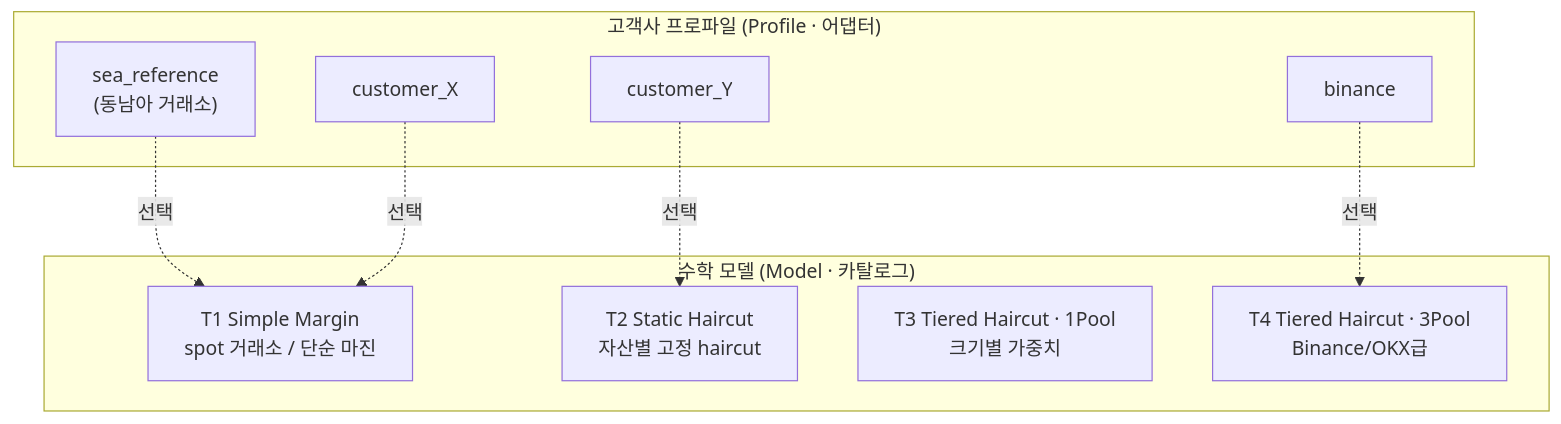
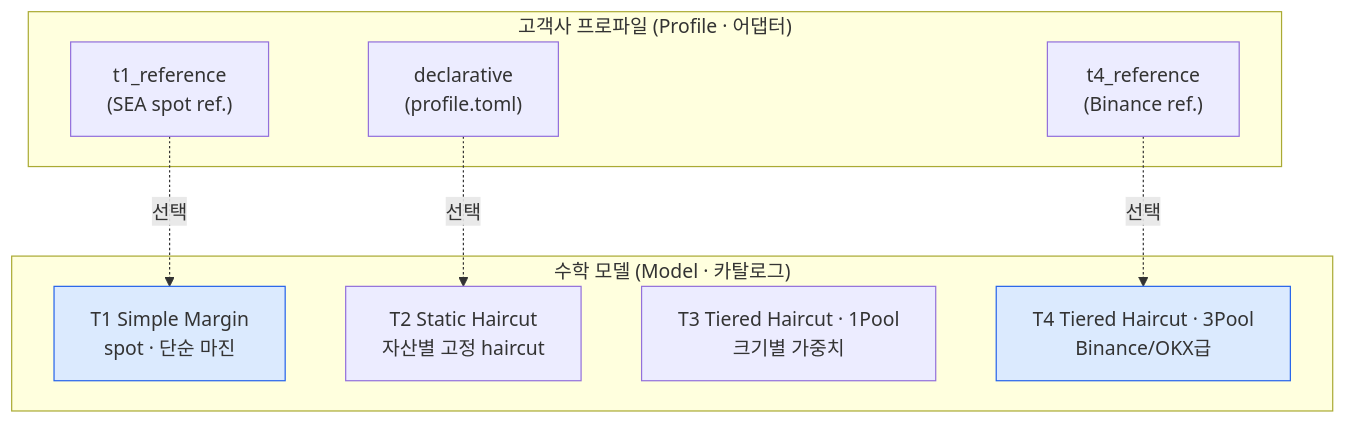
The second of 7 diagrams in README.md (BetweenBits-org/zk-pos-ext), drawn with Mermaid before and after one commit. The commit also changed other lines of this file and 5 other files, not shown here.

````diff
--- a/README.md
+++ b/README.md
@@ -58,21 +62,22 @@
 ```mermaid
 flowchart TB
   subgraph Models["수학 모델 (Model · 카탈로그)"]
-    M1["T1 Simple Margin<br/>spot 거래소 / 단순 마진"]
+    M1["T1 Simple Margin<br/>spot · 단순 마진"]
     M2["T2 Static Haircut<br/>자산별 고정 haircut"]
     M3["T3 Tiered Haircut · 1Pool<br/>크기별 가중치"]
     M4["T4 Tiered Haircut · 3Pool<br/>Binance/OKX급"]
   end
 
   subgraph Profiles["고객사 프로파일 (Profile · 어댑터)"]
-    P1["binance"]
-    P2["sea_reference<br/>(동남아 거래소)"]
-    P3["customer_X"]
-    P4["customer_Y"]
+    P1["t4_reference<br/>(Binance ref.)"]
+    P2["t1_reference<br/>(SEA spot ref.)"]
+    P3["declarative<br/>(profile.toml)"]
   end
 
   P1 -.선택.-> M4
   P2 -.선택.-> M1
-  P3 -.선택.-> M1
-  P4 -.선택.-> M2
+  P3 -.선택.-> M2
+
+  style M4 fill:#dbeafe,stroke:#2563eb
+  style M1 fill:#dbeafe,stroke:#2563eb
 ```
````
